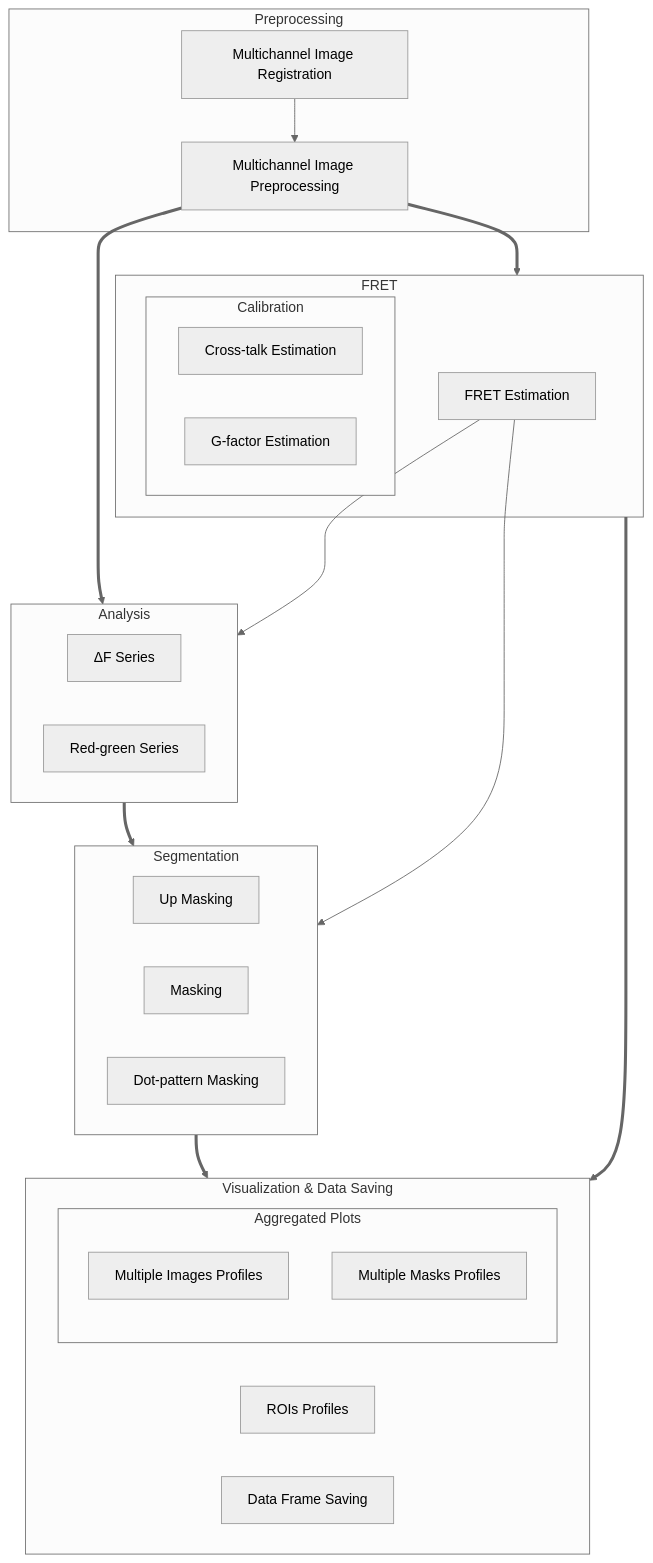
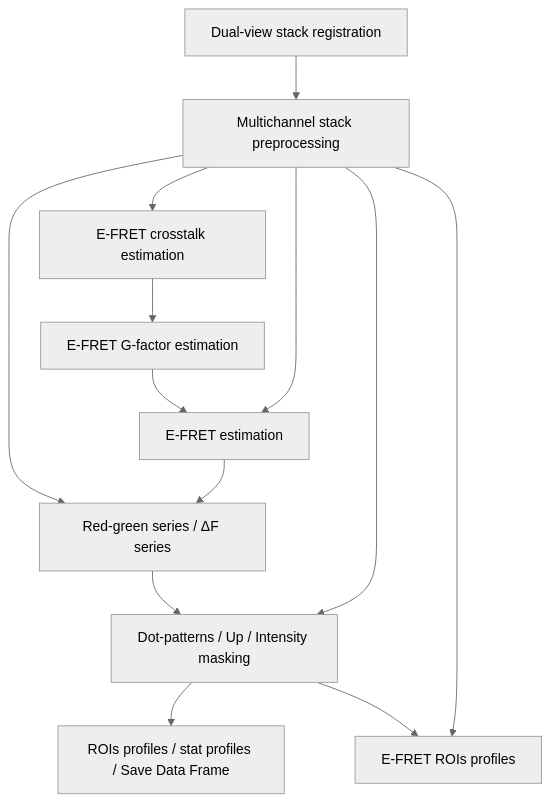
One commit to wisstock/domb-napari changed the diagram in README.md. Above: the diagram before and after it, drawn with Mermaid (neutral theme). The commit also changed other lines of this file and 5 other files, not shown here.

````diff
--- a/README.md
+++ b/README.md
@@ -40,50 +56,15 @@
 ``` mermaid
 graph TD
-    
-subgraph Preprocessing [Preprocessing]
-    MP[Multichannel Image Preprocessing]
-    R[Multichannel Image Registration]
-	R --> MP
-end
-
-subgraph Analysis [Analysis]
-    DF[ΔF Series]
-    RG[Red-green Series]
-end
-MP ==> Analysis
-
-subgraph FRET [FRET]
-	subgraph Calibration [Calibration]
-        FC[Cross-talk Estimation]
-        FG[G-factor Estimation]
-    end
-    FR[FRET Estimation]
-    
-end
-MP ==> FRET
-FR ---> Analysis
-FR ---> Segmentation
-
-
-
-subgraph Segmentation [Segmentation]
-    UP[Up Masking]
-    DOWN[Masking]
-    DOT[Dot-pattern Masking]
-end
-%% MP ==> Segmentation
-Analysis ==> Segmentation
-
-
-subgraph Vis [Visualization & Data Saving]
-    subgraph Stat [Aggregated Plots]
-        MIP[Multiple Images Profiles]
-        MMP[Multiple Masks Profiles]
-    end
-    RP[ROIs Profiles]
-    DAT[Data Frame Saving]
-end
-Segmentation ==> Vis
-FRET ==> Vis
-
+    R[Dual-view stack registration] --> P[Multichannel stack preprocessing]
+    P --> S[Red-green series / ΔF series]
+    P --> C[E-FRET crosstalk estimation]
+    C --> G[E-FRET G-factor estimation]
+    G --> F[E-FRET estimation]
+    P --> F
+    F --> S
+    S --> M[Dot-patterns / Up / Intensity masking]
+    P --> M
+    M --> V[ROIs profiles / stat profiles / Save Data Frame]
+    M --> FR[E-FRET ROIs profiles]
+    P --> FR
 ```
````
